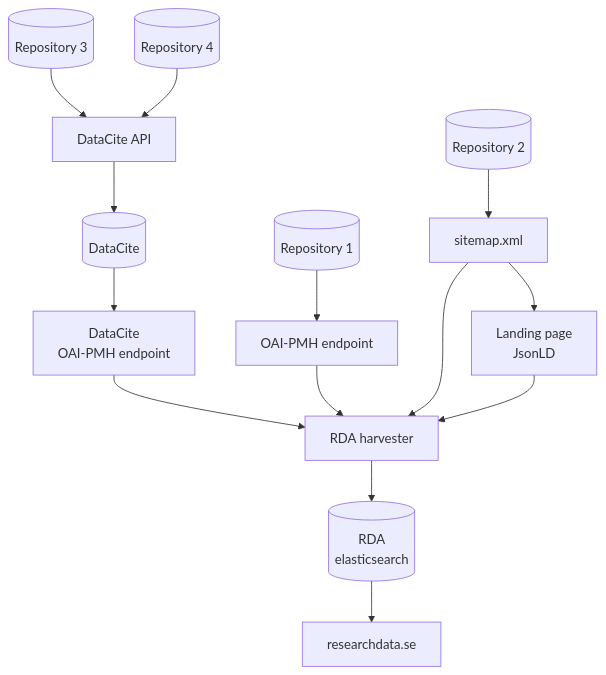
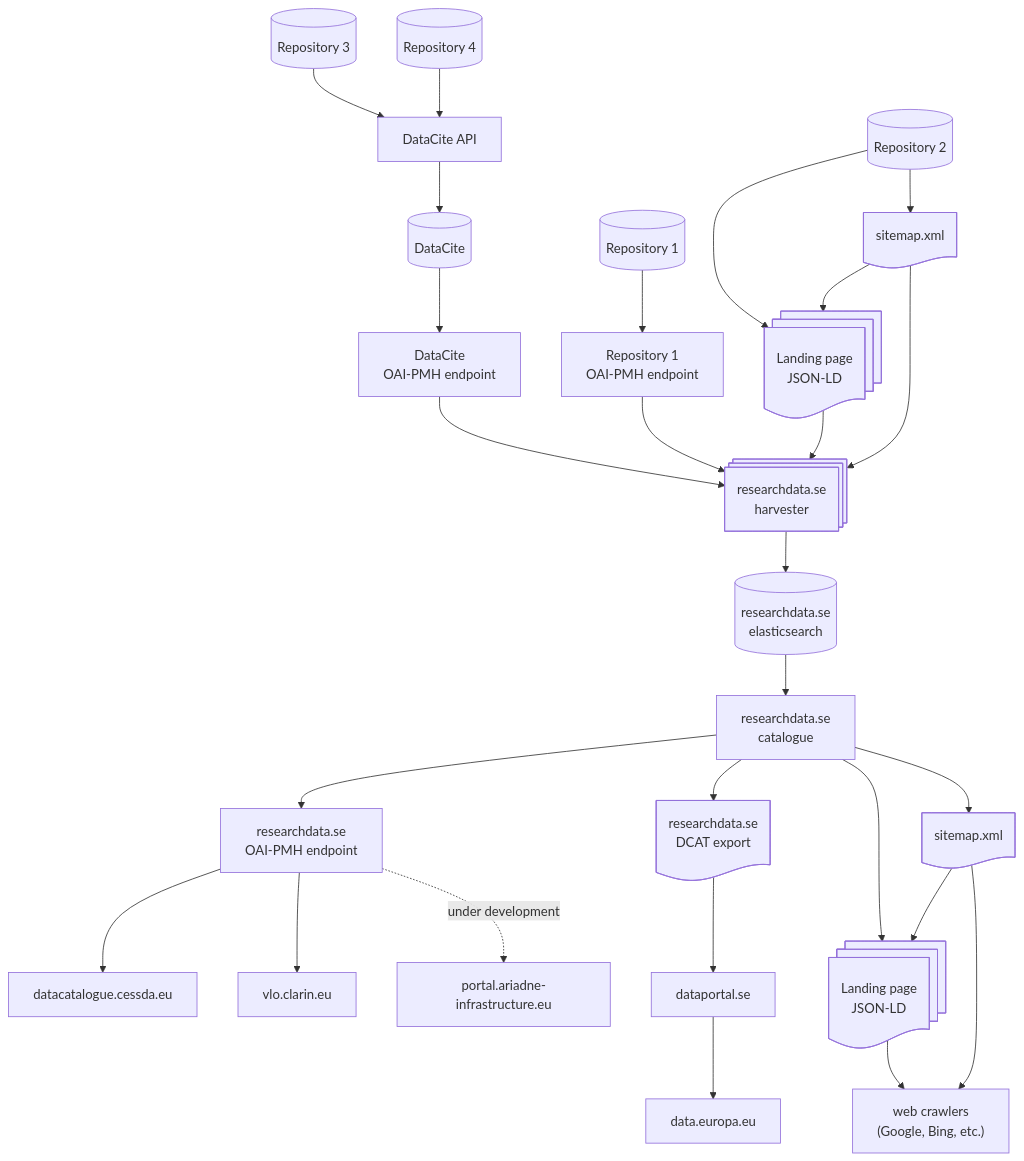
The diagram in docs/harvesting/index.md (researchdata-se/docs.researchdata.se), drawn with Mermaid before and after one commit.

Commit message:
improve harvesting flow documentation

````diff
--- a/docs/harvesting/index.md
+++ b/docs/harvesting/index.md
@@ -11,40 +11,73 @@
 ``` mermaid
 graph
-  RDA[(RDA \n elasticsearch)]
-  RDAC[researchdata.se]
+  RDA[(researchdata.se \n elasticsearch)]
+  RDAC[researchdata.se \n catalogue]
   
-  DS[(DataCite)]
-  DSOAI[DataCite\nOAI-PMH endpoint]
-  DSAPI[DataCite API]
-  DS --> DSOAI
-  DSAPI --> DS
+  DATACITE[(DataCite)]
+  DATACITEOAI[DataCite\nOAI-PMH endpoint]
+  DATACITEAPI[DataCite API]
+  DATACITE --> DATACITEOAI
+  DATACITEAPI --> DATACITE
 
-  DSOAI --> RDAH
+  DATACITEOAI --> RDAH
 
 
   RP1[(Repository 1)]
-  OAI1[OAI-PMH endpoint]
+  OAI1[Repository 1 \n OAI-PMH endpoint]
 
   RP3[(Repository 3)]
-  RP3 --> DSAPI
+  RP3 --> DATACITEAPI
 
   RP4[(Repository 4)]
-  RP4 --> DSAPI
+  RP4 --> DATACITEAPI
 
   RP2[(Repository 2)]
-  LDSM2[sitemap.xml]
-  LDLP2[Landing page \nJsonLD]
+  LDSM2@{ shape: doc, label: "sitemap.xml"}
+  RP2 --> LDLP2
+  LDLP2@{ shape: documents, label: "Landing page \nJSON-LD"}
 
-  RDAH[RDA harvester]
+  RDAH@{ shape: procs, label: "researchdata.se \n harvester"}
+
+  RDAOAI[researchdata.se \n OAI-PMH endpoint]
+  RDAC --> RDAOAI
+
+  RDACDCAT@{ shape: document, label: "researchdata.se \n DCAT export"}
+  RDAC --> RDACDCAT
+
+  RDACATLD@{ shape: documents, label: "Landing page\nJSON-LD"}
+  RDAC --> RDACATLD
+
+  DATAPORTAL[dataportal.se]
+  RDACDCAT --> DATAPORTAL
+
+  EUDATAPORTAL[data.europa.eu]
+  DATAPORTAL --> EUDATAPORTAL
+
+  CESSDA[datacatalogue.cessda.eu]
+  RDAOAI --> CESSDA
+
+  CLARINVLO[vlo.clarin.eu]
+  RDAOAI --> CLARINVLO
+
+  ARIADNE[portal.ariadne-infrastructure.eu]
+  RDAOAI -. under development .-> ARIADNE
+
+  RDACSITEMAP@{ shape: doc, label: "sitemap.xml"}
+  RDAC --> RDACSITEMAP
+  RDACSITEMAP --> RDACATLD
+
+  WEBCRAWLERS["web crawlers \n (Google, Bing, etc.)"]
+  RDACSITEMAP --> WEBCRAWLERS
+  RDACATLD --> WEBCRAWLERS
 
   RP1 --> OAI1
   OAI1 --> RDAH
 
   RP2 --> LDSM2
   LDSM2 --> LDLP2
   LDSM2 --> RDAH
   LDLP2 --> RDAH
 
   RDAH --> RDA
   RDA --> RDAC
 ```
````
